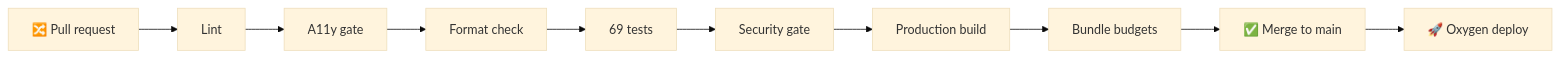
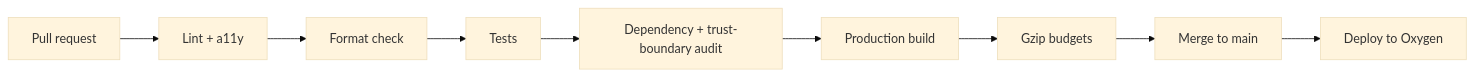
Before and after one commit to YASLOGIST/as-store-v1yas-frontend: the fifth of 5 diagrams in README.md, drawn with Mermaid (base theme). The commit also changed other lines of this file, not shown here.

````diff
--- a/README.md
+++ b/README.md
@@ -452,5 +278,11 @@
 ```mermaid
 flowchart LR
-  PR["🔀 Pull request"] --> L["Lint"] --> A["A11y gate"] --> F["Format check"] --> T["69 tests"] --> S["Security gate"] --> B["Production build"] --> P["Bundle budgets"]
-  P --> M["✅ Merge to main"] --> O["🚀 Oxygen deploy"]
+  PR["Pull request"] --> L["Lint + a11y"]
+  L --> F["Format check"]
+  F --> T["Tests"]
+  T --> A["Dependency + trust-boundary audit"]
+  A --> B["Production build"]
+  B --> P["Gzip budgets"]
+  P --> M["Merge to main"]
+  M --> O["Deploy to Oxygen"]
 ```
````
